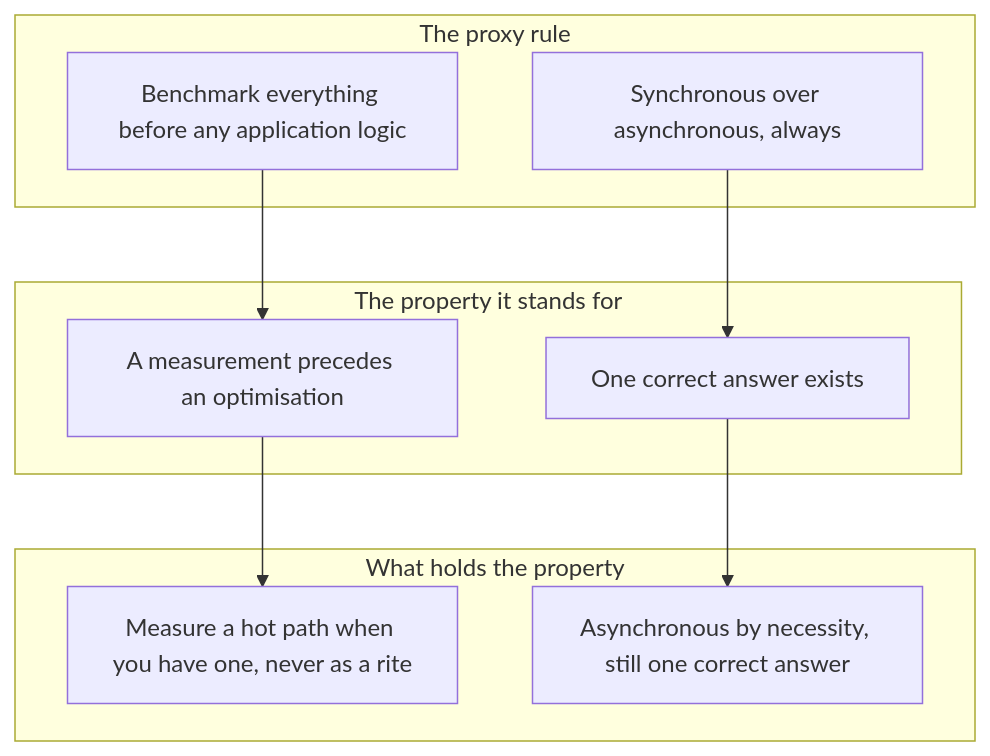
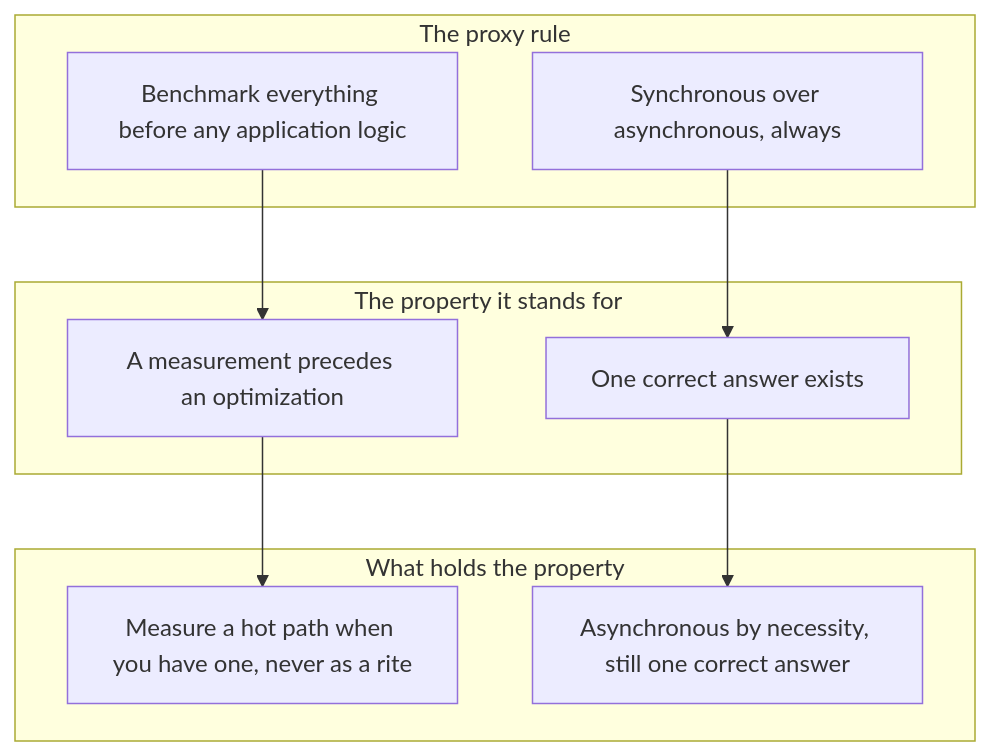
Before and after one commit to Varietyz/Disciplined-AI-Software-Development: the fifth of 5 diagrams in SHIP.md, drawn with Mermaid. The commit also changed other lines of this file and 672 other files, not shown here.

````diff
--- a/SHIP.md
+++ b/SHIP.md
@@ -185,17 +185,17 @@
 ```mermaid
 flowchart TB
 subgraph proxies["The proxy rule"]
 r1["Benchmark everything before any application logic"]
 r2["Synchronous over asynchronous, always"]
 end
 subgraph properties["The property it stands for"]
-p1["A measurement precedes an optimisation"]
+p1["A measurement precedes an optimization"]
 p2["One correct answer exists"]
 end
 subgraph holds["What holds the property"]
 h1["Measure a hot path when you have one, never as a rite"]
 h2["Asynchronous by necessity, still one correct answer"]
 end
 r1 --> p1 --> h1
 r2 --> p2 --> h2
 ```
````
